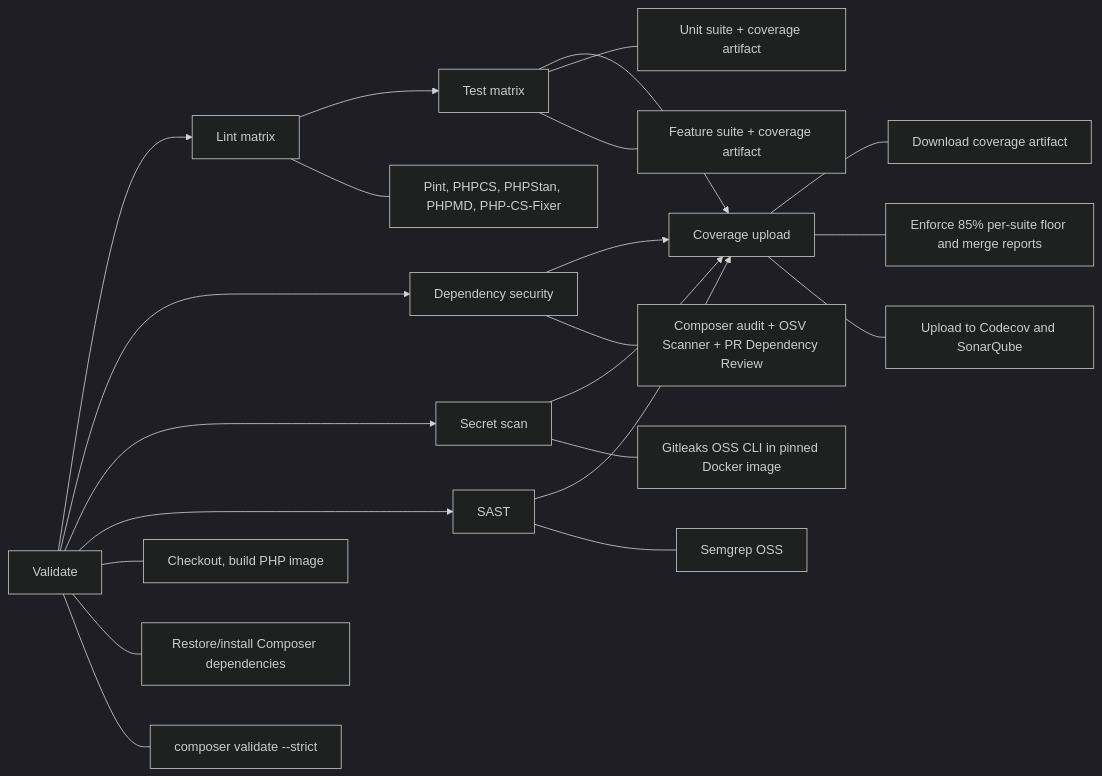
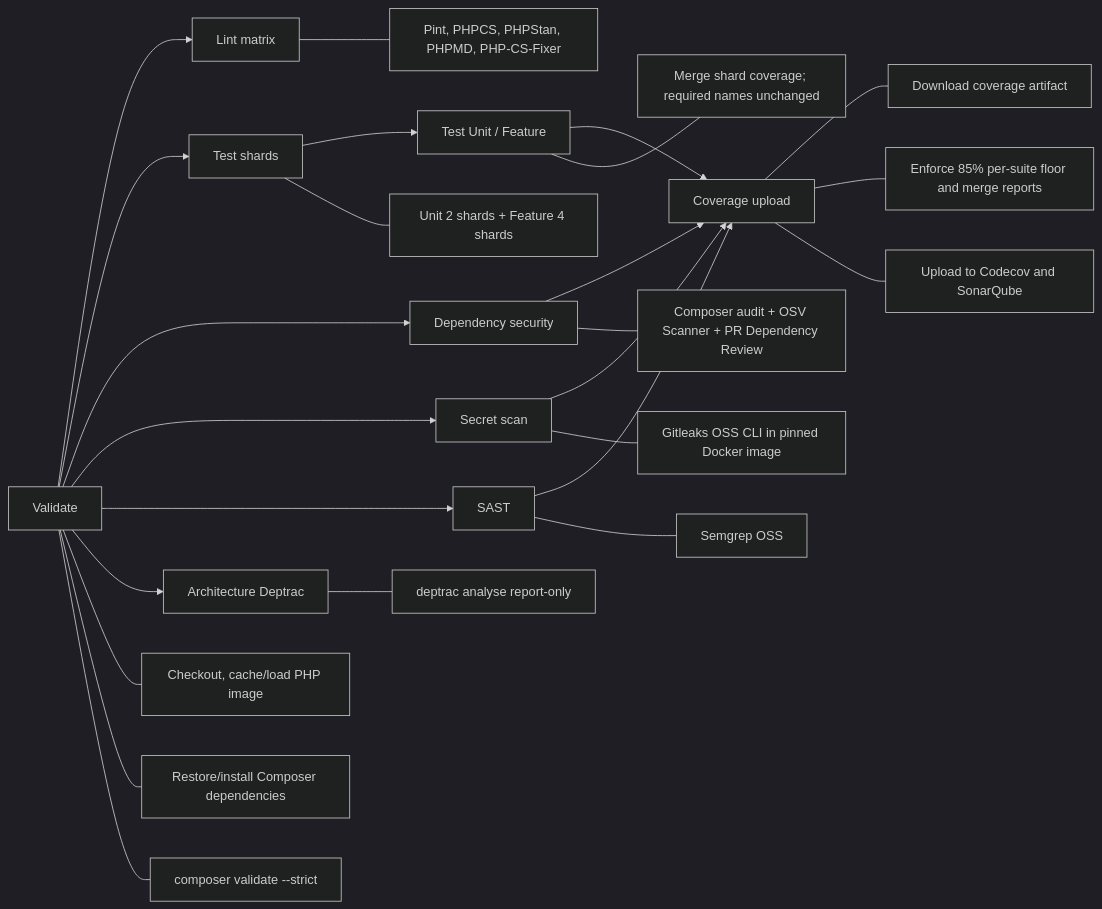
The third of 5 diagrams in WORKFLOWS.md (jooservices/crawlerx), drawn with Mermaid (dark theme) before and after one commit. The commit also changed other lines of this file and 11 other files, not shown here.

Commit message:
ci: Add Deptrac architecture report, shard the test suites and merge coverage (JOOXCR-466)

````diff
--- a/WORKFLOWS.md
+++ b/WORKFLOWS.md
@@ -75,24 +77,29 @@
 ```mermaid
 flowchart LR
-    V[Validate] --> L[Lint matrix] --> T[Test matrix] --> C[Coverage upload]
+    V[Validate] --> L[Lint matrix]
+    V --> TS[Test shards]
+    TS --> T[Test Unit / Feature]
+    T --> C[Coverage upload]
     V --> D[Dependency security]
     V --> S[Secret scan]
     V --> A[SAST]
+    V --> AD[Architecture Deptrac]
     D --> C
     S --> C
     A --> C
 
-    V --- V1[Checkout, build PHP image]
+    V --- V1[Checkout, cache/load PHP image]
     V --- V2[Restore/install Composer dependencies]
     V --- V3[composer validate --strict]
 
     L --- L1[Pint, PHPCS, PHPStan, PHPMD, PHP-CS-Fixer]
-    T --- T1[Unit suite + coverage artifact]
-    T --- T2[Feature suite + coverage artifact]
+    TS --- TS1[Unit 2 shards + Feature 4 shards]
+    T --- T1[Merge shard coverage; required names unchanged]
     D --- D1[Composer audit + OSV Scanner + PR Dependency Review]
     S --- S1[Gitleaks OSS CLI in pinned Docker image]
     A --- A1[Semgrep OSS]
+    AD --- AD1[deptrac analyse report-only]
     C --- C1[Download coverage artifact]
     C --- C2[Enforce 85% per-suite floor and merge reports]
     C --- C3[Upload to Codecov and SonarQube]
 ```
````
